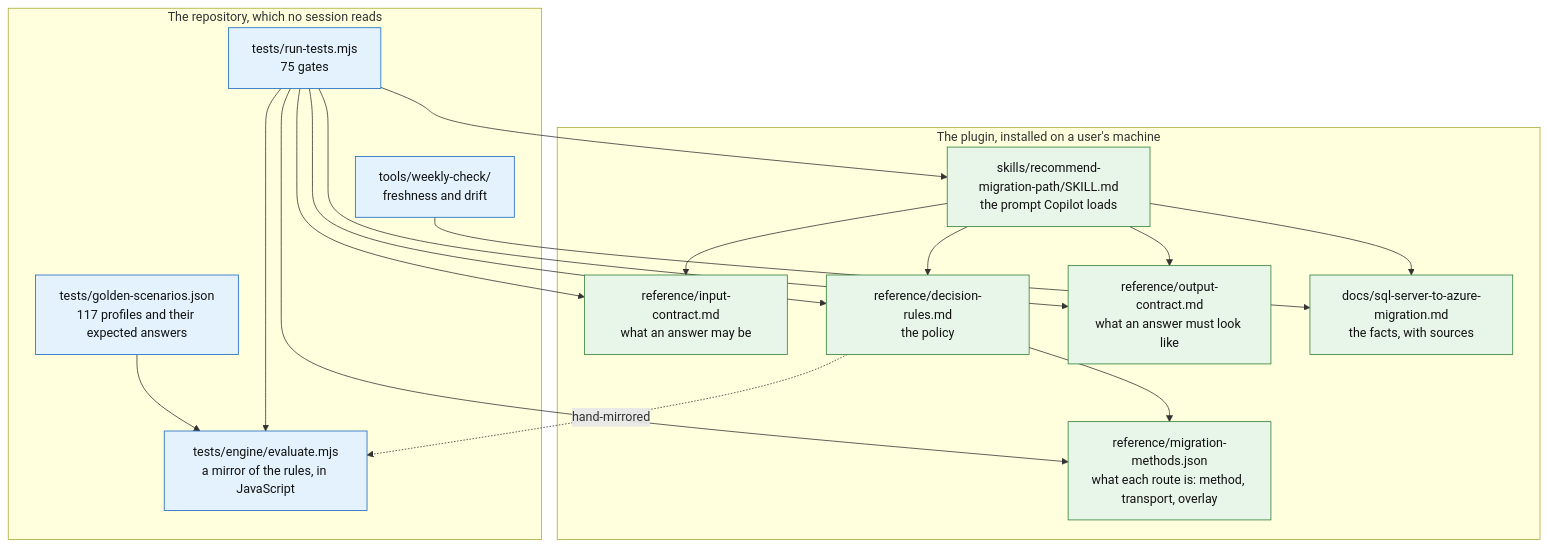
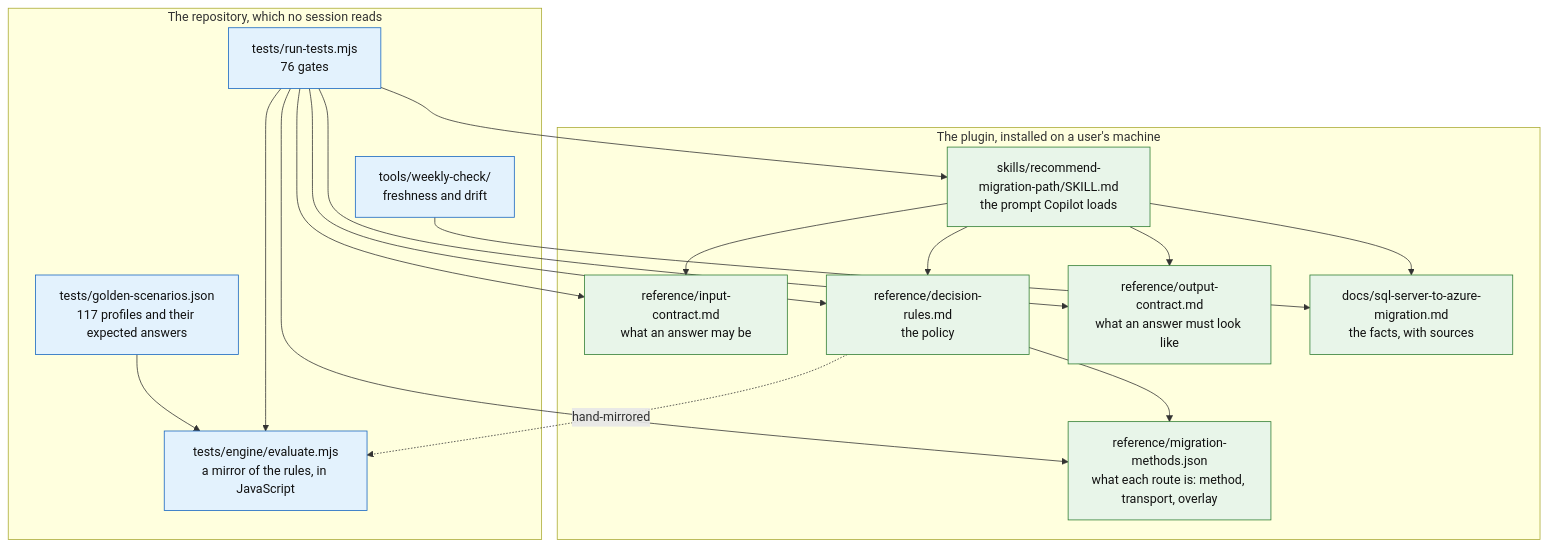
One commit to fredgis/sql-migration-advisor changed the first of 3 diagrams in docs/ARCHITECTURE.md. Above: the diagram before and after it, drawn with Mermaid. The commit also changed other lines of this file and 10 other files, not shown here.

````diff
--- a/docs/ARCHITECTURE.md
+++ b/docs/ARCHITECTURE.md
@@ -28,38 +28,38 @@
 ```mermaid
 flowchart TD
     subgraph plugin["The plugin, installed on a user's machine"]
       SK["skills/recommend-migration-path/SKILL.md<br/>the prompt Copilot loads"]
       IC["reference/input-contract.md<br/>what an answer may be"]
       DR["reference/decision-rules.md<br/>the policy"]
       OC["reference/output-contract.md<br/>what an answer must look like"]
       MM["reference/migration-methods.json<br/>what each route is: method, transport, overlay"]
       KB["docs/sql-server-to-azure-migration.md<br/>the facts, with sources"]
     end
 
     subgraph repo["The repository, which no session reads"]
       EN["tests/engine/evaluate.mjs<br/>a mirror of the rules, in JavaScript"]
       GS["tests/golden-scenarios.json<br/>117 profiles and their expected answers"]
-      GA["tests/run-tests.mjs<br/>75 gates"]
+      GA["tests/run-tests.mjs<br/>76 gates"]
       WK["tools/weekly-check/<br/>freshness and drift"]
     end
 
     SK --> IC
     SK --> DR
     SK --> OC
     SK --> KB
     DR --> MM
     DR -.->|hand-mirrored| EN
     GS --> EN
     GA --> EN
     GA --> SK
     GA --> IC
     GA --> DR
     GA --> OC
     GA --> MM
     WK --> KB
 
     classDef live fill:#e8f5e9,stroke:#2e7d32,color:#111
     classDef test fill:#e3f2fd,stroke:#1565c0,color:#111
     class SK,IC,DR,OC,KB,MM live
     class EN,GS,GA,WK test
 ```
````
